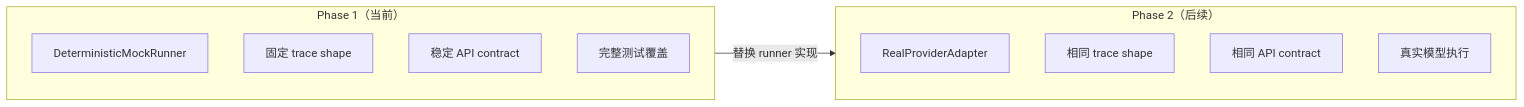
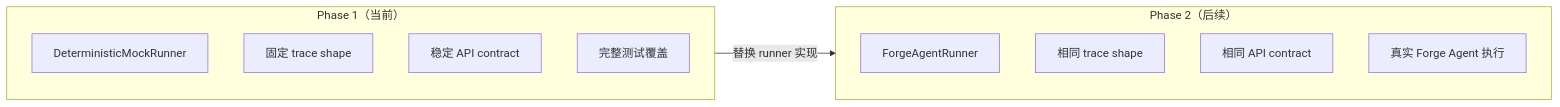
One commit to Cabbos/forge changed the fifth of 8 diagrams in apps/eval-runner/docs/architecture.md. Above: the diagram before and after it, drawn with Mermaid. The commit also changed other lines of this file and 48 other files, not shown here.

````diff
--- a/apps/eval-runner/docs/architecture.md
+++ b/apps/eval-runner/docs/architecture.md
@@ -144,18 +176,18 @@
 ```mermaid
 flowchart LR
     subgraph Phase1["Phase 1（当前）"]
         M1[DeterministicMockRunner]
         M2[固定 trace shape]
         M3[稳定 API contract]
         M4[完整测试覆盖]
     end
 
     subgraph Phase2["Phase 2（后续）"]
-        R1[RealProviderAdapter]
+        R1[ForgeAgentRunner]
         R2[相同 trace shape]
         R3[相同 API contract]
-        R4[真实模型执行]
+        R4[真实 Forge Agent 执行]
     end
 
     Phase1 -->|替换 runner 实现| Phase2
 ```
````
